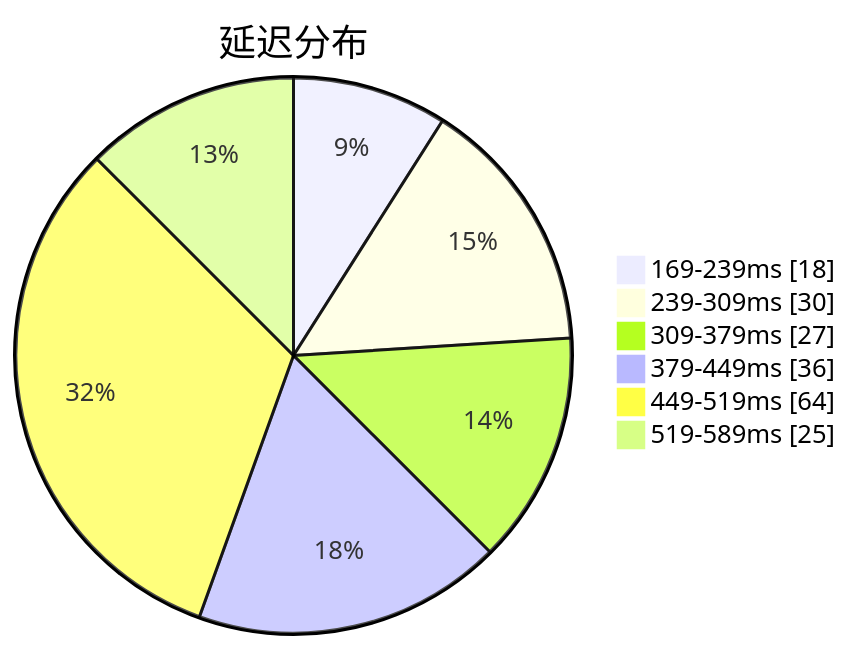
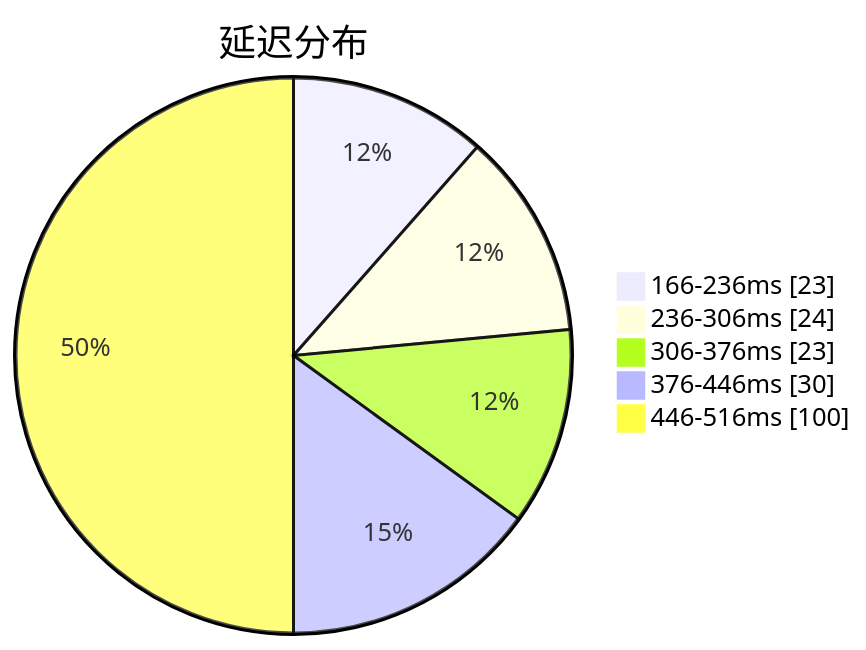
One commit to qjlxg/airport changed the first of 3 diagrams in subs/statistics/tested_within.md. Above: the diagram before and after it, drawn with Mermaid. The commit also changed other lines of this file and 2 other files, not shown here.

````diff
--- a/subs/statistics/tested_within.md
+++ b/subs/statistics/tested_within.md
@@ -2,10 +2,9 @@
 ```mermaid
 pie showData
 title 延迟分布
-"169-239ms" : 18
-"239-309ms" : 30
-"309-379ms" : 27
-"379-449ms" : 36
-"449-519ms" : 64
-"519-589ms" : 25
+"166-236ms" : 23
+"236-306ms" : 24
+"306-376ms" : 23
+"376-446ms" : 30
+"446-516ms" : 100
 ```
````
